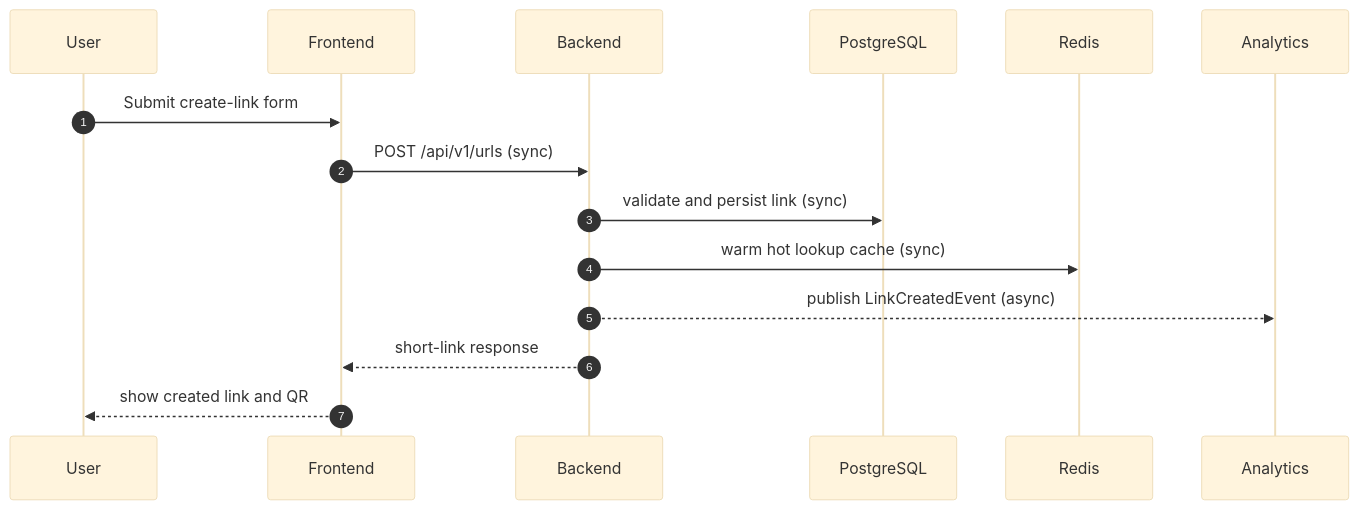
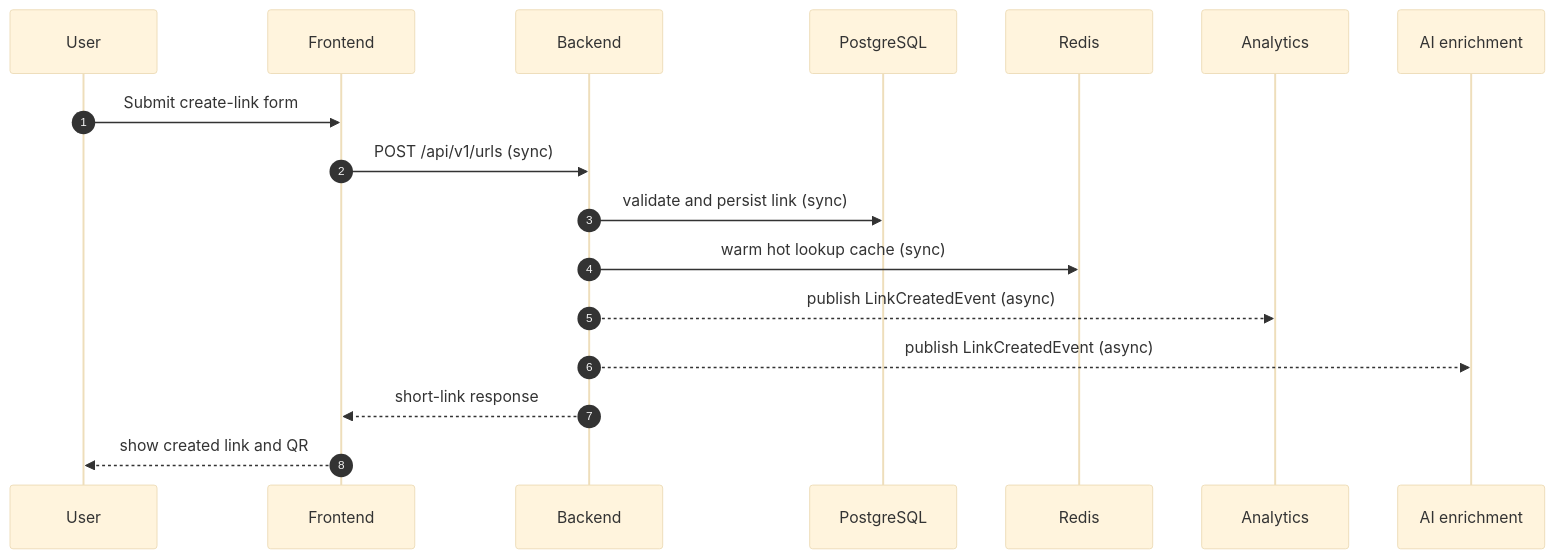
Before and after one commit to leoyakubov/weblink-pilot: the fifth of 7 diagrams in docs/design/app-communication.md, drawn with Mermaid (base theme). The commit also changed other lines of this file and 31 other files, not shown here.

````diff
--- a/docs/design/app-communication.md
+++ b/docs/design/app-communication.md
@@ -114,18 +117,20 @@
 ```mermaid
 sequenceDiagram
   autonumber
   participant U as User
   participant F as Frontend
   participant B as Backend
   participant DB as PostgreSQL
   participant R as Redis
   participant A as Analytics
+  participant AI as AI enrichment
 
   U->>F: Submit create-link form
   F->>B: POST /api/v1/urls (sync)
   B->>DB: validate and persist link (sync)
   B->>R: warm hot lookup cache (sync)
   B-->>A: publish LinkCreatedEvent (async)
+  B-->>AI: publish LinkCreatedEvent (async)
   B-->>F: short-link response
   F-->>U: show created link and QR
 ```
````
